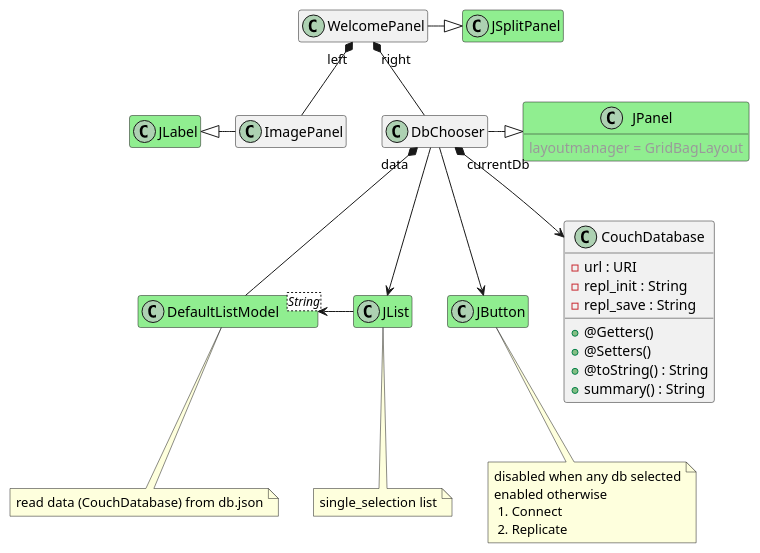
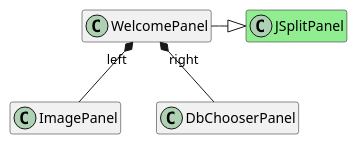
The diagram in doc/uml/1-welcome_activity/mj_welcome_class.puml (tp38/money_java), drawn with PlantUML before and after one commit. The commit also changed 40 other files, not shown here.

```diff
--- a/doc/uml/1-welcome_activity/mj_welcome_class.puml
+++ b/doc/uml/1-welcome_activity/mj_welcome_class.puml
@@ -1,65 +1,24 @@
 @startuml 'diagram class MyMoneyRelax'
 
 hide empty members
 
 
 
 class JSplitPanel #LightGreen
-WelcomePanel -|> JSplitPanel
 
 class ImagePanel 
 
-class JLabel #LightGreen
-ImagePanel -left-|> JLabel
 
-class JPanel #LightGreen {
-    <color:#9a9a9a>layoutmanager = GridBagLayout
-}
+class DbChooserPanel
 
-class DbChooser
+WelcomePanel -|> JSplitPanel
+
+WelcomePanel "left" *-- ImagePanel
+WelcomePanel "right" *-- DbChooserPanel
 
 
-DbChooser -|> JPanel
-
-WelcomePanel "left" *-- ImagePanel
-WelcomePanel "right" *-- DbChooser
-
-class DefaultListModel<String> #LightGreen
-DbChooser "data" *-- DefaultListModel
-note bottom
-    read data (CouchDatabase) from db.json
-end note
-
-class JList #LightGreen
-DbChooser --> JList
-note bottom
-    single_selection list
-end note
-
-DefaultListModel <- JList
-
-class JButton #LightGreen
-DbChooser --> JButton
-
-class CouchDatabase {
-    - url : URI
-    - repl_init : String
-    - repl_save : String
-    + @Getters()
-    + @Setters()
-    + @toString() : String
-    + summary() : String
-}
-
-DbChooser "currentDb" *--> CouchDatabase
 
 
-note bottom of JButton
-disabled when any db selected
-enabled otherwise
- 1. Connect
- 2. Replicate 
-end note
 
 
 @enduml
```
